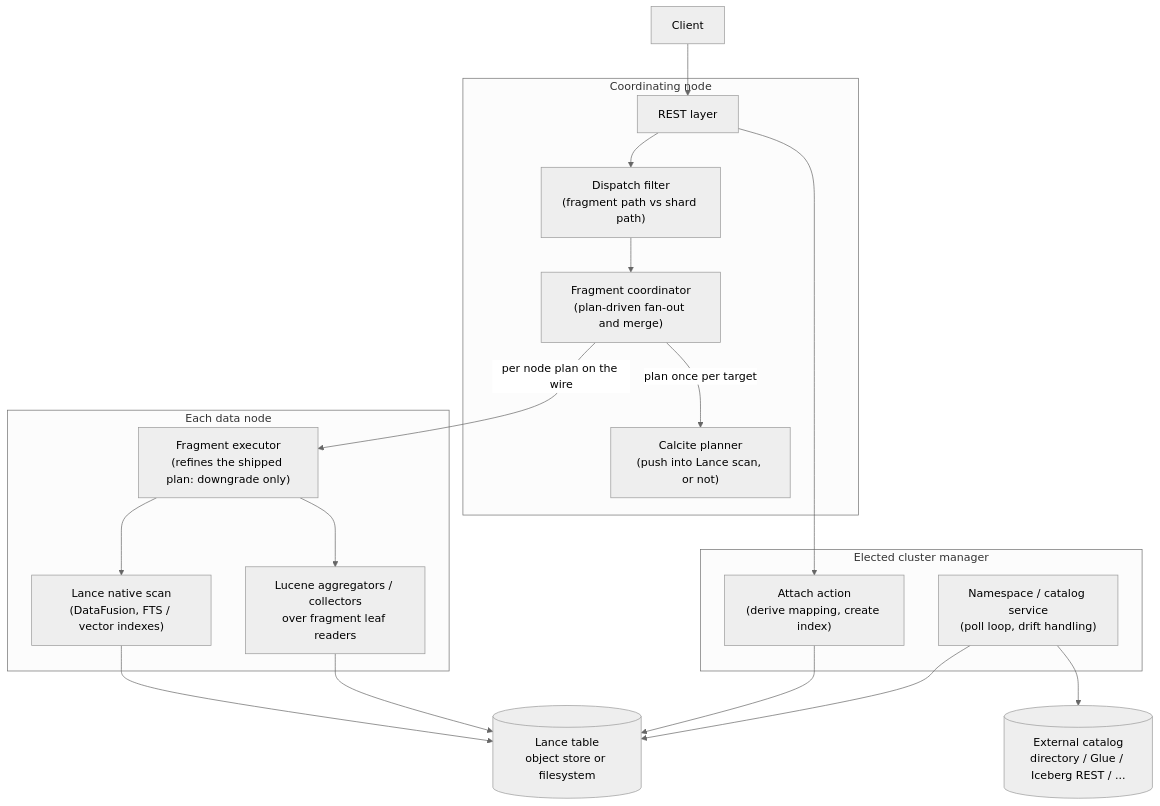
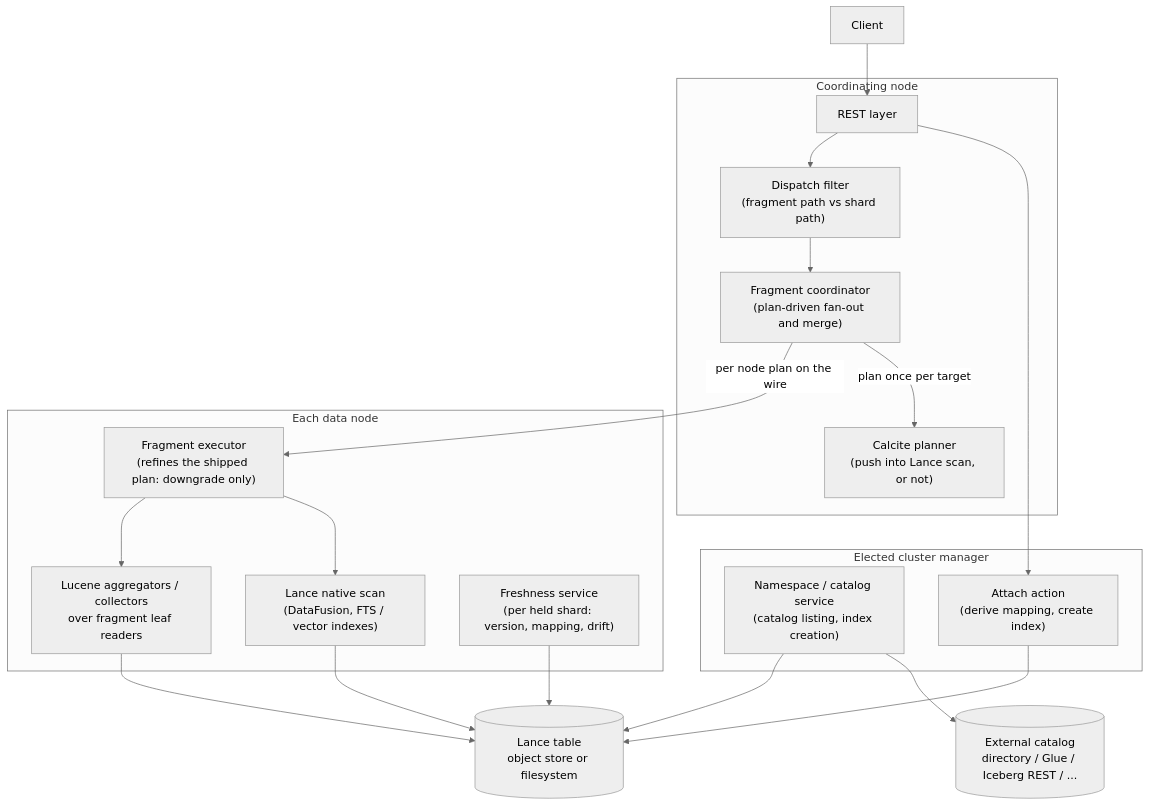
Before and after one commit to lawofcycles/lance-opensearch: the first of 5 diagrams in docs/architecture.md, drawn with Mermaid (neutral theme). The commit also changed other lines of this file and 5 other files, not shown here.

````diff
--- a/docs/architecture.md
+++ b/docs/architecture.md
@@ -49,34 +49,36 @@
 ```mermaid
 flowchart TD
     CL[Client]
     subgraph cm ["Elected cluster manager"]
-        NS["Namespace / catalog service<br/>(poll loop, drift handling)"]
+        NS["Namespace / catalog service<br/>(catalog listing, index creation)"]
         AT["Attach action<br/>(derive mapping, create index)"]
     end
     subgraph coord ["Coordinating node"]
         RE["REST layer"]
         DF["Dispatch filter<br/>(fragment path vs shard path)"]
         PL["Calcite planner<br/>(push into Lance scan, or not)"]
         CO["Fragment coordinator<br/>(plan-driven fan-out and merge)"]
     end
     subgraph data ["Each data node"]
         EX["Fragment executor<br/>(refines the shipped plan: downgrade only)"]
         LU["Lucene aggregators / collectors<br/>over fragment leaf readers"]
         LN["Lance native scan<br/>(DataFusion, FTS / vector indexes)"]
+        FR["Freshness service<br/>(per held shard: version, mapping, drift)"]
     end
     ST[("Lance table<br/>object store or filesystem")]
     CAT[("External catalog<br/>directory / Glue / Iceberg REST / ...")]
     CL --> RE
     RE --> AT
     RE --> DF
     DF --> CO
     CO -- "plan once per target" --> PL
     CO -- "per node plan on the wire" --> EX
     EX --> LN
     EX --> LU
     LN --> ST
     LU --> ST
     AT --> ST
     NS --> CAT
     NS --> ST
+    FR --> ST
 ```
````
